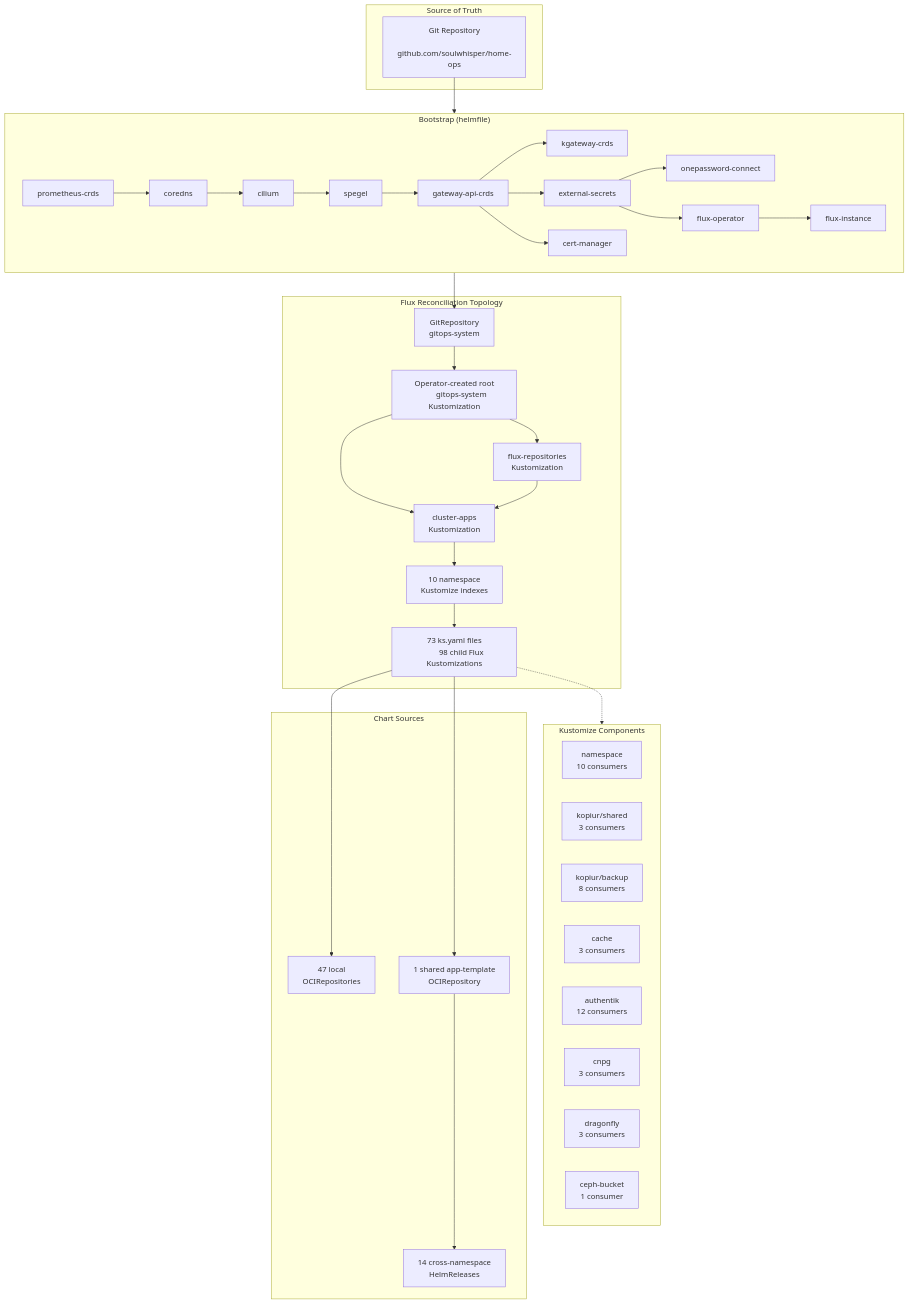
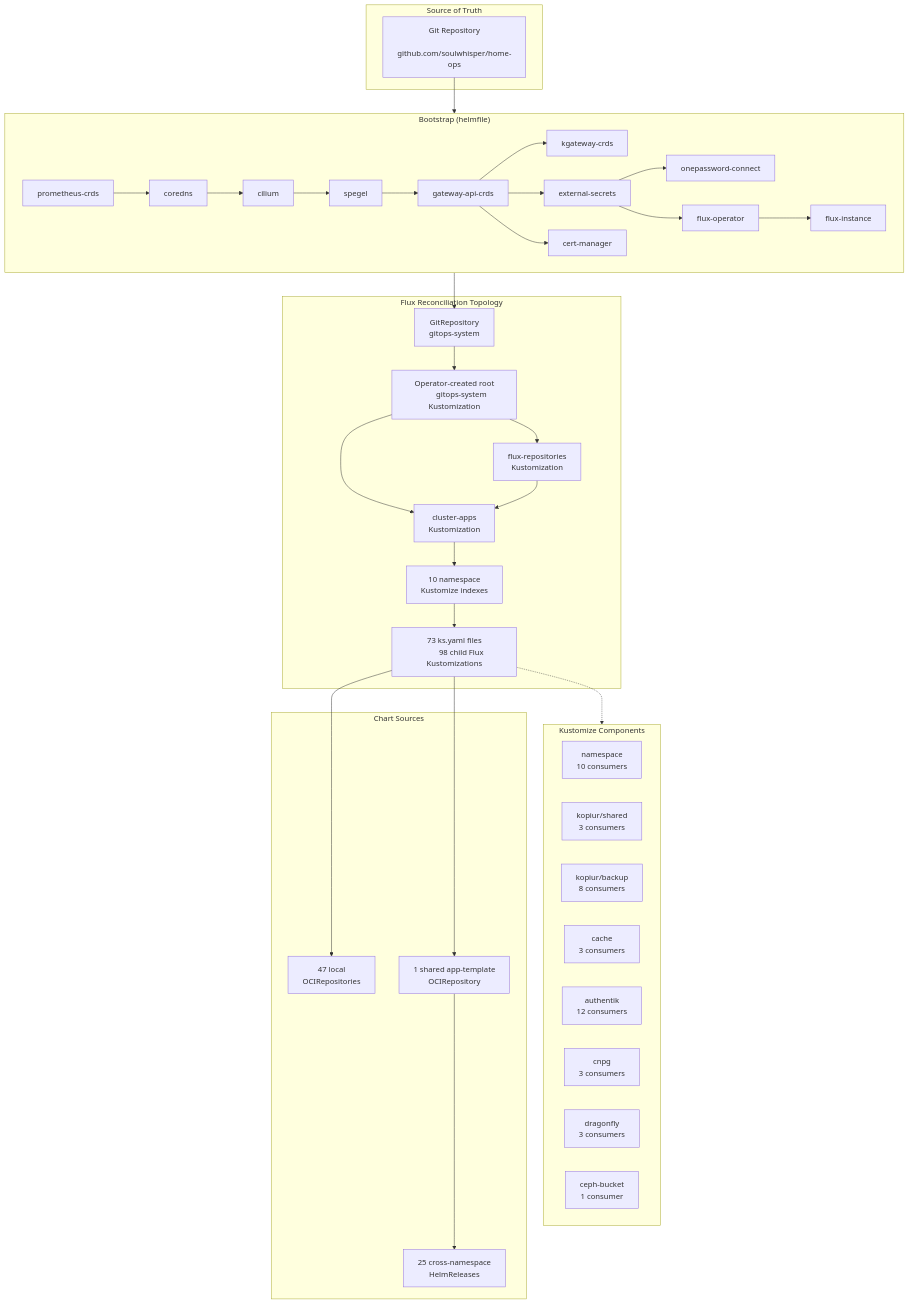
The diagram in docs/infrastructure/kubernetes.md (soulwhisper/home-ops), drawn with Mermaid before and after one commit. The commit also changed other lines of this file and 7 other files, not shown here.

````diff
--- a/docs/infrastructure/kubernetes.md
+++ b/docs/infrastructure/kubernetes.md
@@ -12,71 +12,71 @@
 ```mermaid
 flowchart TB
     subgraph Source["Source of Truth"]
         GIT["Git Repository
         github.com/soulwhisper/home-ops"]
     end
 
     subgraph Bootstrap["Bootstrap (helmfile)"]
         direction LR
         B1["prometheus-crds"] --> B2["coredns"]
         B2 --> B3["cilium"]
         B3 --> B4["spegel"]
         B4 --> B5["gateway-api-crds"]
         B5 --> B6["kgateway-crds"]
         B5 --> B7["external-secrets"]
         B5 --> B8["cert-manager"]
         B7 --> B9["onepassword-connect"]
         B7 --> B11["flux-operator"]
         B11 --> B12["flux-instance"]
     end
 
     subgraph FluxTopo["Flux Reconciliation Topology"]
         GR["GitRepository
         gitops-system"] --> ROOT["Operator-created root
         gitops-system Kustomization"]
         ROOT --> FR["flux-repositories
         Kustomization"]
         ROOT --> CA["cluster-apps
         Kustomization"]
         FR --> CA
         CA --> NS["10 namespace
         Kustomize indexes"]
         NS --> APPS["73 ks.yaml files
         98 child Flux Kustomizations"]
     end
 
     subgraph Components["Kustomize Components"]
         NS_COMP["namespace
         10 consumers"]
         KOPIUR_SECRET["kopiur/shared
         3 consumers"]
         KOPIUR_BACKUP["kopiur/backup
         8 consumers"]
         CACHE["cache
         3 consumers"]
         AUTHENTIK["authentik
         12 consumers"]
         CNPG["cnpg
         3 consumers"]
         DRAGONFLY["dragonfly
         3 consumers"]
         CEPH["ceph-bucket
         1 consumer"]
     end
 
     subgraph Charts["Chart Sources"]
         OCI_OWN["47 local
         OCIRepositories"]
         OCI_TPL["1 shared app-template
         OCIRepository"]
-        CROSS["14 cross-namespace
+        CROSS["25 cross-namespace
         HelmReleases"]
     end
 
     GIT --> Bootstrap
     Bootstrap --> GR
     APPS -.-> Components
     APPS --> OCI_OWN
     APPS --> OCI_TPL
     OCI_TPL --> CROSS
 ```
````
